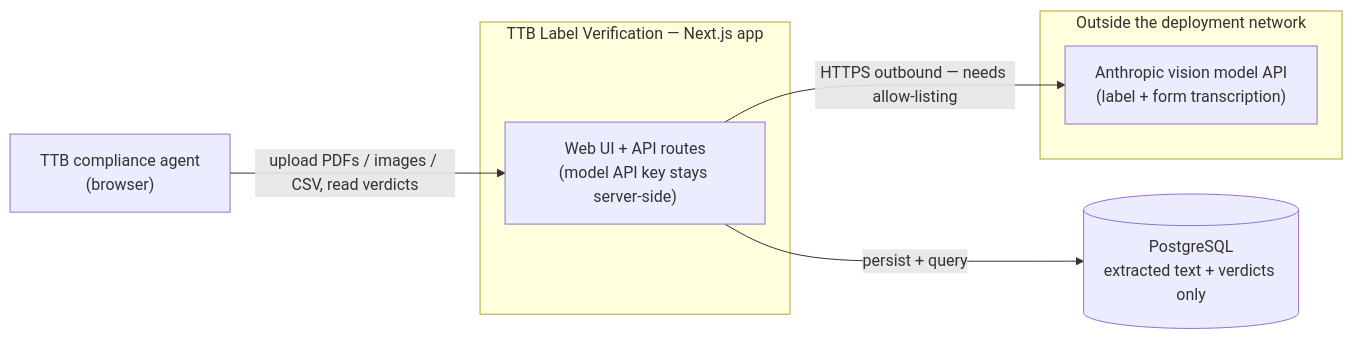
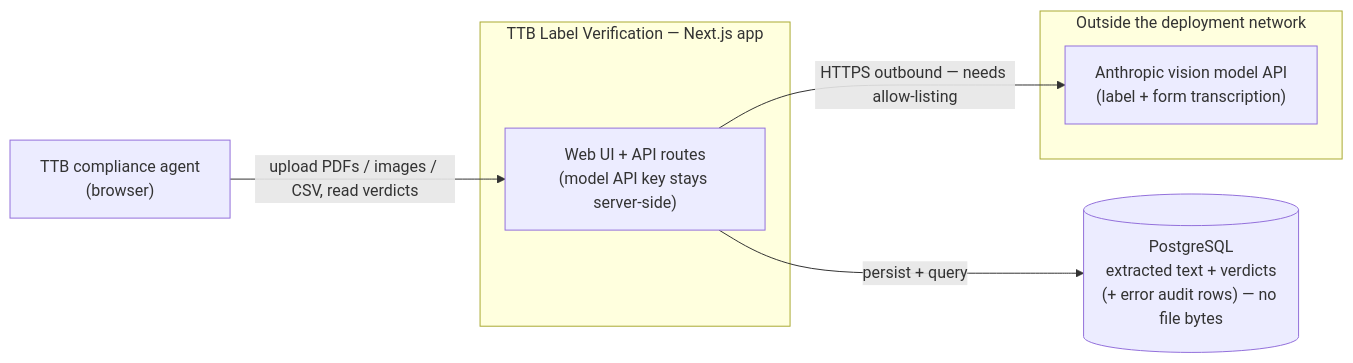
One commit to morganfry/ttb_labels changed the first of 3 diagrams in docs/architecture.md. Above: the diagram before and after it, drawn with Mermaid. The commit also changed other lines of this file, not shown here.

Commit message:
Bring architecture.md up to date with error-audit persistence

````diff
--- a/docs/architecture.md
+++ b/docs/architecture.md
@@ -26,18 +26,18 @@
 ```mermaid
 flowchart LR
     agent["TTB compliance agent<br/>(browser)"]
 
     subgraph app["TTB Label Verification — Next.js app"]
         ui["Web UI + API routes<br/>(model API key stays server-side)"]
     end
 
-    db[("PostgreSQL<br/>extracted text + verdicts only")]
+    db[("PostgreSQL<br/>extracted text + verdicts<br/>(+ error audit rows) — no file bytes")]
 
     subgraph cloud["Outside the deployment network"]
         model["Anthropic vision model API<br/>(label + form transcription)"]
     end
 
     agent -->|"upload PDFs / images / CSV, read verdicts"| ui
     ui -->|"persist + query"| db
     ui -->|"HTTPS outbound — needs allow-listing"| model
 ```
````
